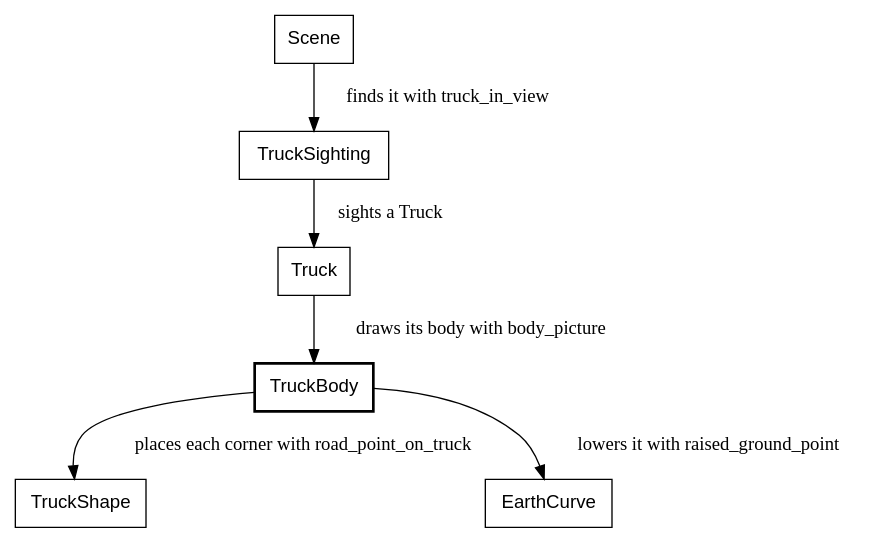
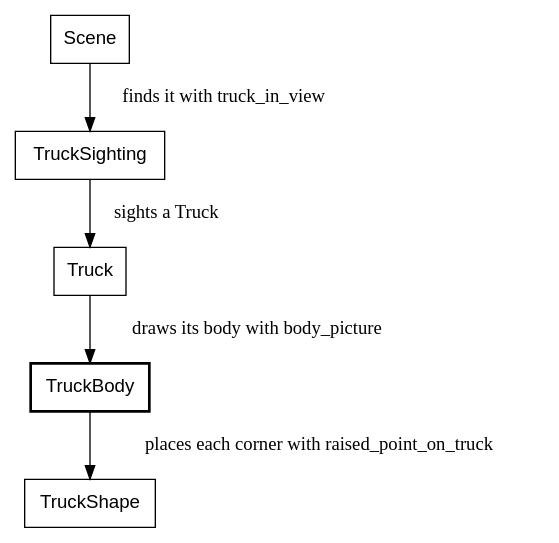
Diagram 20 of 30 in canvas_apps/safari/tutorial/tutorial.md (showell/roc-apps), drawn with Graphviz before and after one commit. The commit also changed other lines of this file and 2 other files, not shown here.

````diff
--- a/canvas_apps/safari/tutorial/tutorial.md
+++ b/canvas_apps/safari/tutorial/tutorial.md
@@ -1933,11 +1937,10 @@
 ```dot
 digraph truck_drawing {
   node [shape=box, fontname="Helvetica"];
   TruckBody [style=bold];
   Scene -> TruckSighting [label="  finds it with truck_in_view"];
   TruckSighting -> Truck [label="  sights a Truck"];
   Truck -> TruckBody [label="  draws its body with body_picture"];
-  TruckBody -> TruckShape [label="  places each corner with road_point_on_truck"];
-  TruckBody -> EarthCurve [label="  lowers it with raised_ground_point"];
+  TruckBody -> TruckShape [label="  places each corner with raised_point_on_truck"];
 }
 ```
````
